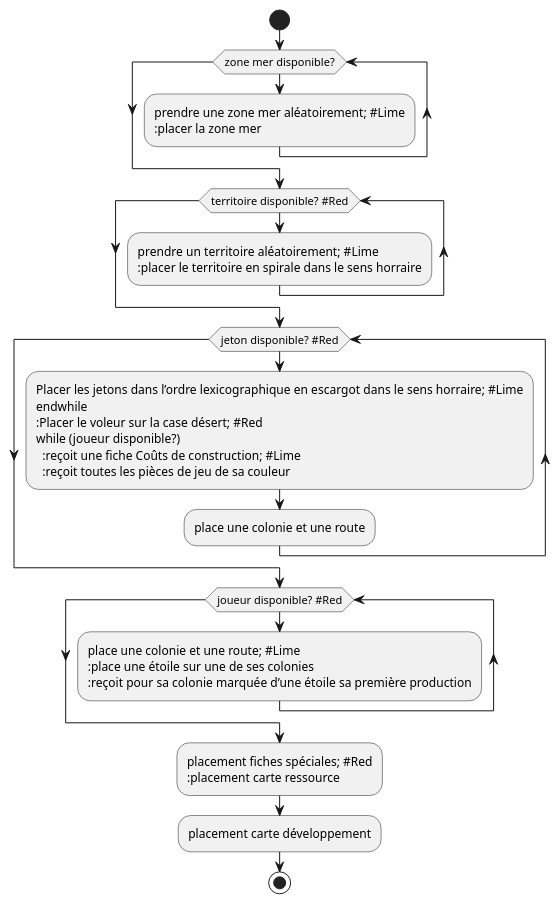
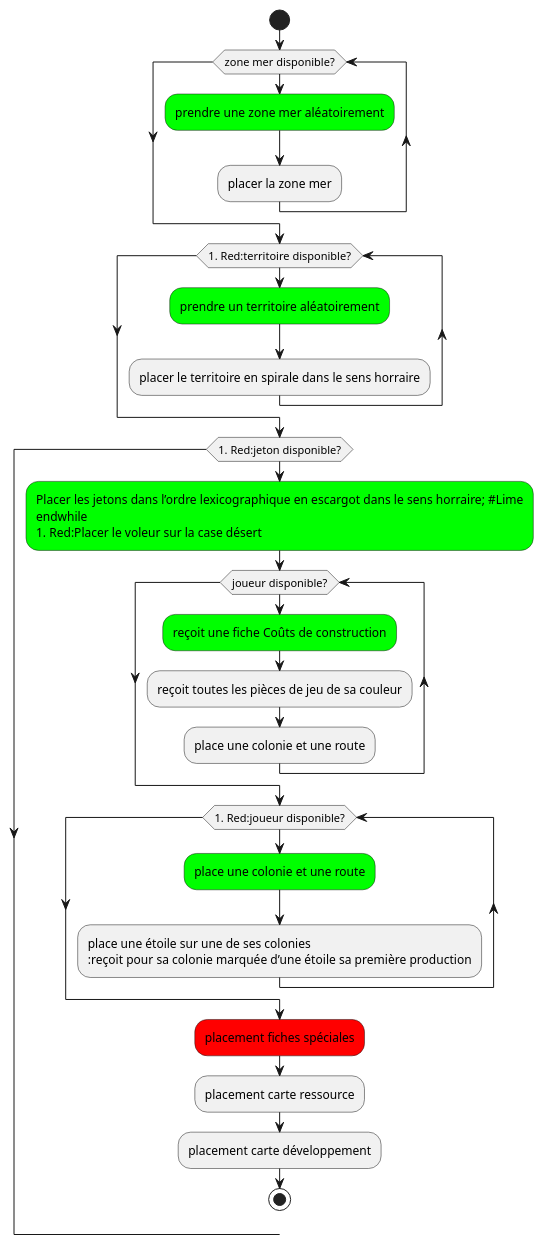
The diagram in catan-doc/modules/analyse/partials/ImplementationActivityDiagramCatan.puml (Bobinho44/PROJET_OOAD_M1), drawn with PlantUML before and after one commit.

Commit message:
ImplementationActivityDiagramCatan.puml update

```diff
--- a/catan-doc/modules/analyse/partials/ImplementationActivityDiagramCatan.puml
+++ b/catan-doc/modules/analyse/partials/ImplementationActivityDiagramCatan.puml
@@ -1,29 +1,29 @@
 @startuml
 start
 while (zone mer disponible?)
-  :prendre une zone mer aléatoirement; #Lime
+  #Lime:prendre une zone mer aléatoirement;
   :placer la zone mer;
 endwhile
-while (territoire disponible? #Red)
-  :prendre un territoire aléatoirement; #Lime
+while (#Red:territoire disponible?)
+  #Lime:prendre un territoire aléatoirement;
   :placer le territoire en spirale dans le sens horraire;
 endwhile
-while (jeton disponible? #Red)
-  :Placer les jetons dans l’ordre lexicographique en escargot dans le sens horraire; #Lime
+while (#Red:jeton disponible?)
+  #Lime:Placer les jetons dans l’ordre lexicographique en escargot dans le sens horraire; #Lime
 endwhile
-:Placer le voleur sur la case désert; #Red
+#Red:Placer le voleur sur la case désert;
 while (joueur disponible?)
-  :reçoit une fiche Coûts de construction; #Lime
+  #Lime:reçoit une fiche Coûts de construction;
   :reçoit toutes les pièces de jeu de sa couleur;
   :place une colonie et une route;
 endwhile
-while (joueur disponible? #Red)
-  :place une colonie et une route; #Lime
+while (#Red:joueur disponible?)
+  #Lime:place une colonie et une route;
   :place une étoile sur une de ses colonies
   :reçoit pour sa colonie marquée d’une étoile sa première production;
 endwhile
-:placement fiches spéciales; #Red
+#Red:placement fiches spéciales;
 :placement carte ressource;
 :placement carte développement;
 stop
 @enduml
```
